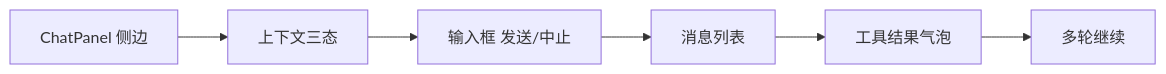
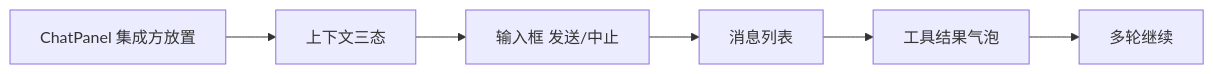
One commit to ecafe8/tap-note changed the diagram in docs/prd/sub-ai-assistant/feat-ai-chat/ui.md. Above: the diagram before and after it, drawn with Mermaid. The commit also changed other lines of this file and 6 other files, not shown here.

````diff
--- a/docs/prd/sub-ai-assistant/feat-ai-chat/ui.md
+++ b/docs/prd/sub-ai-assistant/feat-ai-chat/ui.md
@@ -22,8 +24,8 @@
 ```mermaid
 flowchart LR
-  P[ChatPanel 侧边] --> CTX[上下文三态]
+  P[ChatPanel 集成方放置] --> CTX[上下文三态]
   CTX --> IN[输入框 发送/中止]
   IN --> ML[消息列表]
   ML --> TB[工具结果气泡]
   TB --> MUL[多轮继续]
 ```
````
